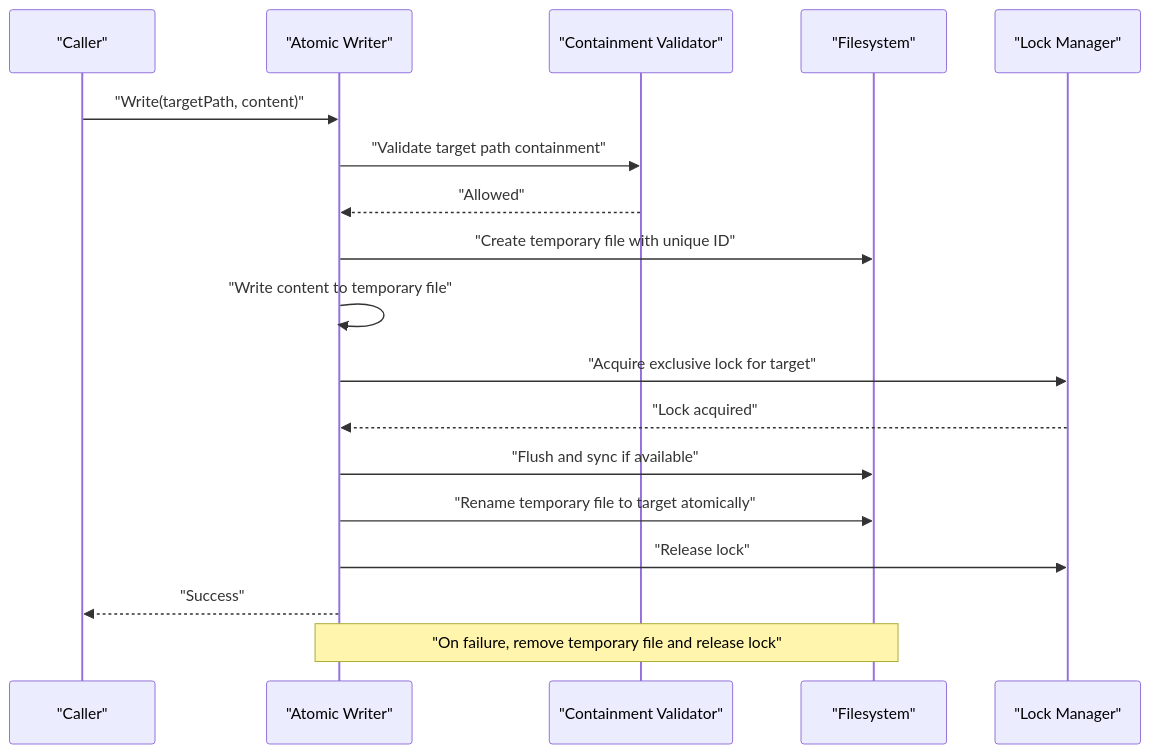
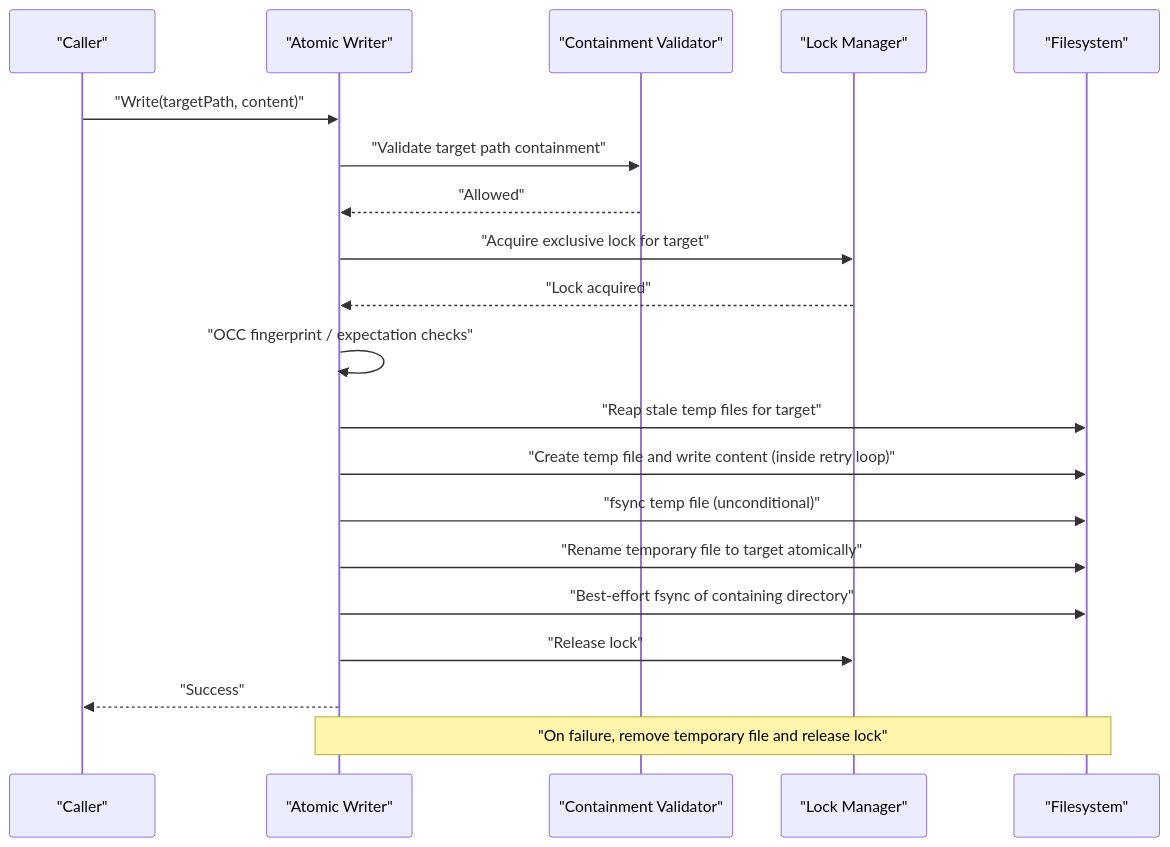
The second of 6 diagrams in Storage System/Atomic Write System.md (Kuldeep2822k/palee-architecture), drawn with Mermaid before and after one commit. The commit also changed other lines of this file and 6 other files, not shown here.

````diff
--- a/Storage System/Atomic Write System.md
+++ b/Storage System/Atomic Write System.md
@@ -76,22 +76,24 @@
 ```mermaid
 sequenceDiagram
     participant Caller as "Caller"
     participant Writer as "Atomic Writer"
     participant Ctl as "Containment Validator"
+    participant Lk as "Lock Manager"
     participant FS as "Filesystem"
-    participant Lk as "Lock Manager"
 
     Caller->>Writer: "Write(targetPath, content)"
     Writer->>Ctl: "Validate target path containment"
     Ctl-->>Writer: "Allowed"
-    Writer->>FS: "Create temporary file with unique ID"
-    Writer->>Writer: "Write content to temporary file"
     Writer->>Lk: "Acquire exclusive lock for target"
     Lk-->>Writer: "Lock acquired"
-    Writer->>FS: "Flush and sync if available"
+    Writer->>Writer: "OCC fingerprint / expectation checks"
+    Writer->>FS: "Reap stale temp files for target"
+    Writer->>FS: "Create temp file and write content (inside retry loop)"
+    Writer->>FS: "fsync temp file (unconditional)"
     Writer->>FS: "Rename temporary file to target atomically"
+    Writer->>FS: "Best-effort fsync of containing directory"
     Writer->>Lk: "Release lock"
     Writer-->>Caller: "Success"
 
     Note over Writer,FS: "On failure, remove temporary file and release lock"
 ```
````
